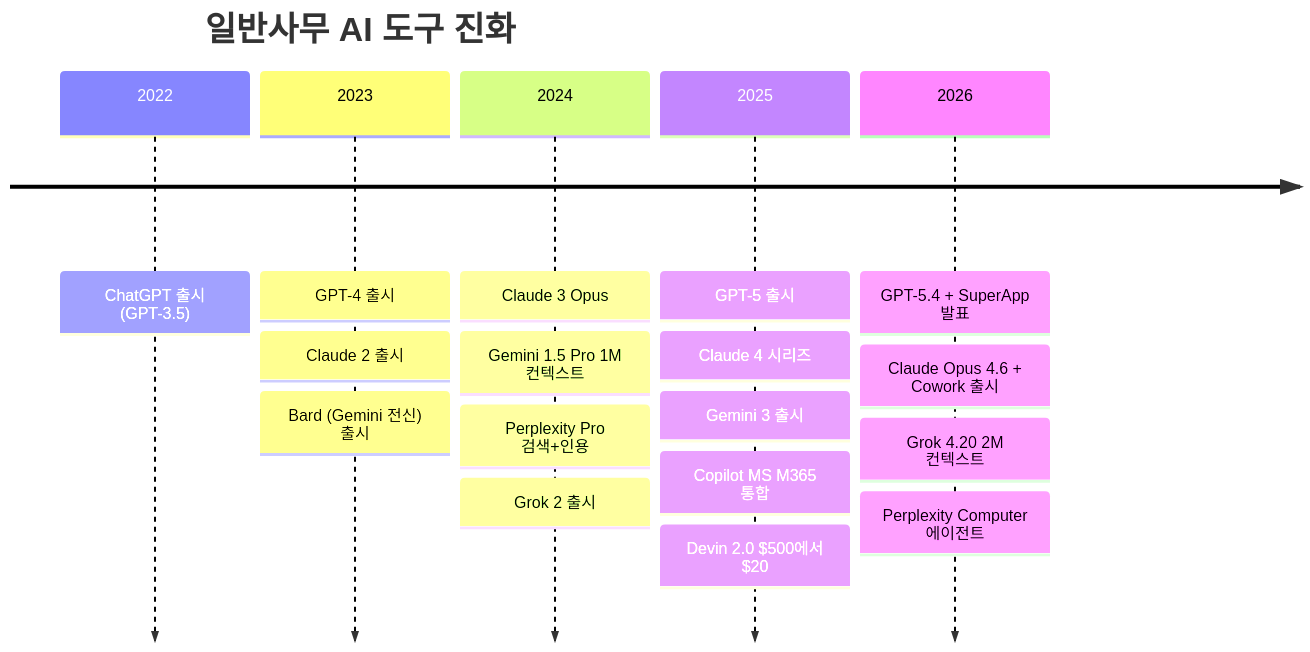
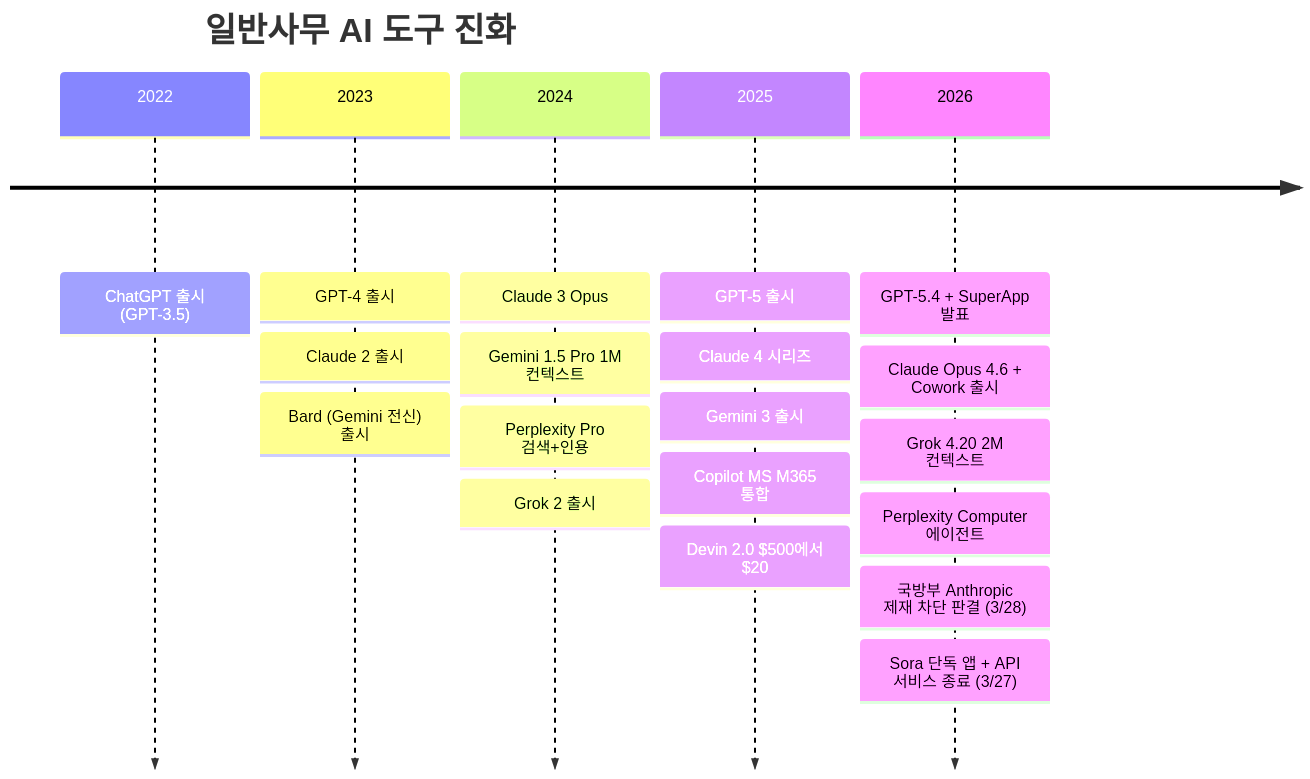
Before and after one commit to Lazere4385/ai-whatchelin: the tenth of 11 diagrams in README_ko.md, drawn with Mermaid. The commit also changed other lines of this file and 1 other file, not shown here.

````diff
--- a/README_ko.md
+++ b/README_ko.md
@@ -758,21 +759,23 @@
 ```mermaid
 timeline
     title 일반사무 AI 도구 진화
     2022 : ChatGPT 출시 (GPT-3.5)
     2023 : GPT-4 출시
          : Claude 2 출시
          : Bard (Gemini 전신) 출시
     2024 : Claude 3 Opus
          : Gemini 1.5 Pro 1M 컨텍스트
          : Perplexity Pro 검색+인용
          : Grok 2 출시
     2025 : GPT-5 출시
          : Claude 4 시리즈
          : Gemini 3 출시
          : Copilot MS M365 통합
          : Devin 2.0 $500에서 $20
     2026 : GPT-5.4 + SuperApp 발표
          : Claude Opus 4.6 + Cowork 출시
          : Grok 4.20 2M 컨텍스트
          : Perplexity Computer 에이전트
+         : 국방부 Anthropic 제재 차단 판결 (3/28)
+         : Sora 단독 앱 + API 서비스 종료 (3/27)
 ```
````
